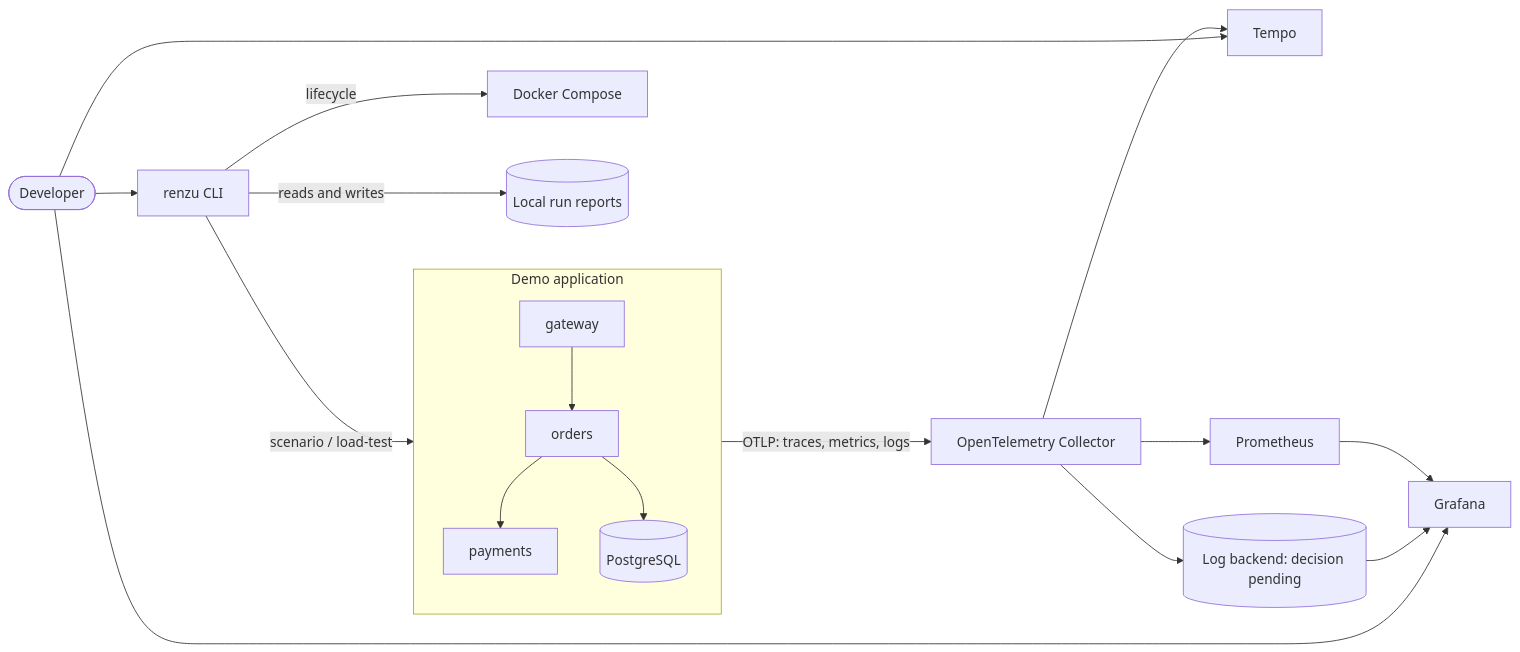
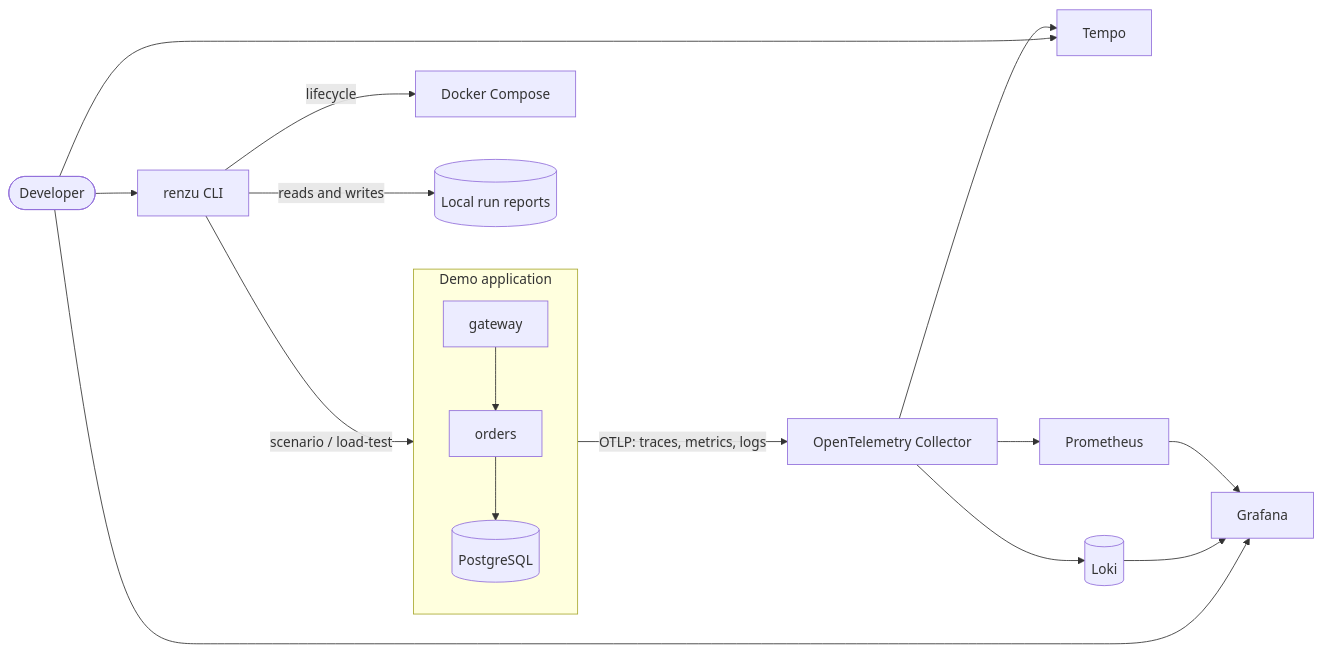
Before and after one commit to mavomen/renzu: the first of 2 diagrams in docs/ARCHITECTURE.md, drawn with Mermaid. The commit also changed other lines of this file and 6 other files, not shown here.

````diff
--- a/docs/ARCHITECTURE.md
+++ b/docs/ARCHITECTURE.md
@@ -29,22 +32,21 @@
 ```mermaid
 flowchart LR
     Dev([Developer]) --> CLI[renzu CLI]
     CLI -->|lifecycle| Compose[Docker Compose]
     CLI -->|scenario / load-test| Apps
     CLI -->|reads and writes| Reports[(Local run reports)]
 
     subgraph Apps[Demo application]
         GW[gateway] --> ORD[orders]
-        ORD --> PAY[payments]
         ORD --> PG[(PostgreSQL)]
     end
 
     Apps -->|OTLP: traces, metrics, logs| COL[OpenTelemetry Collector]
     COL --> TEM[Tempo]
     COL --> PROM[Prometheus]
-    COL --> LOGS[(Log backend: decision pending)]
+    COL --> LOGS[(Loki)]
     PROM --> GRAF[Grafana]
     LOGS --> GRAF
     Dev --> TEM
     Dev --> GRAF
 ```
````
